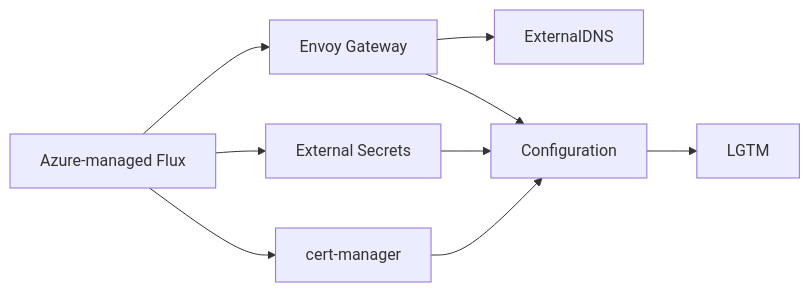
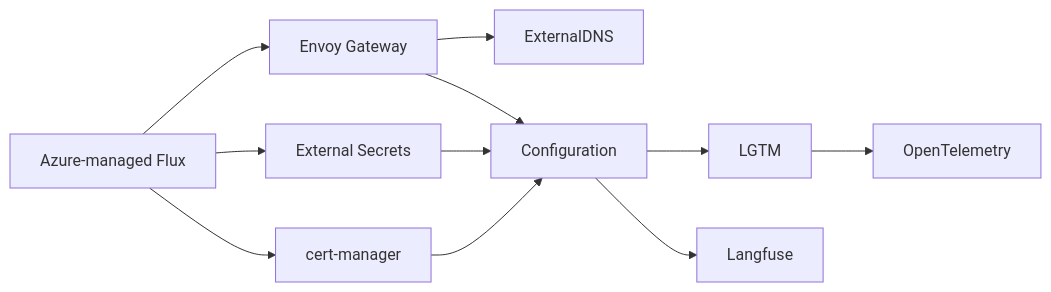
The diagram in README.md (ai-platform-portfolio/gitops), drawn with Mermaid before and after one commit. The commit also changed other lines of this file and 15 other files, not shown here.

Commit message:
Add OpenTelemetry and Langfuse with ordered chart dependencies

````diff
--- a/README.md
+++ b/README.md
@@ -11,11 +11,13 @@
 ```mermaid
 flowchart LR
   A[Azure-managed Flux] --> E[Envoy Gateway]
   A --> S[External Secrets]
   A --> C[cert-manager]
   E --> D[ExternalDNS]
   E --> F[Configuration]
   S --> F
   C --> F
   F --> L[LGTM]
+  L --> O[OpenTelemetry]
+  F --> LF[Langfuse]
 ```
````
